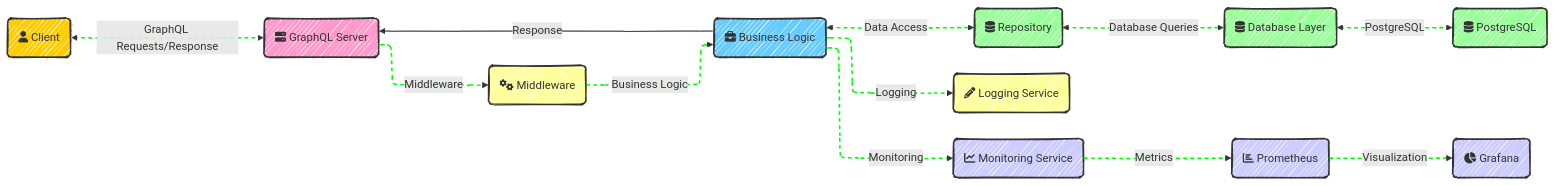
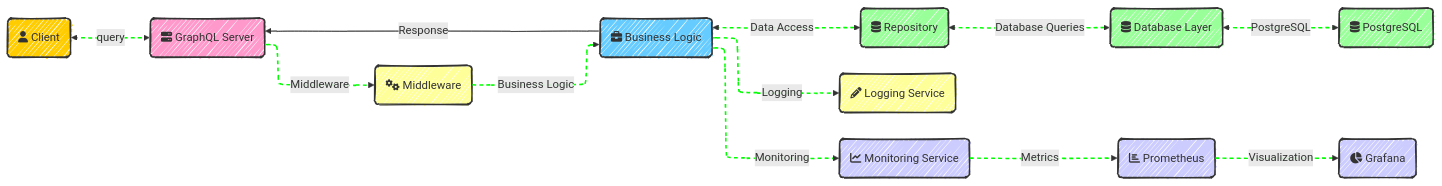
One commit to shennawardana23/graphql-pba changed the diagram in README.md. Above: the diagram before and after it, drawn with Mermaid. The commit also changed other lines of this file, not shown here.

Commit message:
fix: readme mermaid 1

````diff
--- a/README.md
+++ b/README.md
@@ -7,58 +7,58 @@
 ```mermaid
 ---
 config:
   look: handDrawn
   layout: elk
 ---
 flowchart LR
     %% Nodes with Icons
     Client("fa:fa-user Client")
     GraphQL_Server("fa:fa-server GraphQL Server")
     Middleware("fa:fa-cogs Middleware")
     Business_Logic("fa:fa-briefcase Business Logic")
     Repository("fa:fa-database Repository")
     Database_Layer("fa:fa-database Database Layer")
     PostgreSQL("fa:fa-database PostgreSQL")
     Logging_Service("fa:fa-pencil-alt Logging Service")
     Monitoring_Service("fa:fa-chart-line Monitoring Service")
     Prometheus("fa:fa-chart-bar Prometheus")
     Grafana("fa:fa-chart-pie Grafana")
 
     %% Edge connections between nodes
-    Client <-->|GraphQL Requests/Response| GraphQL_Server
+    Client <-->|query| GraphQL_Server
     GraphQL_Server -->|Middleware| Middleware
     Middleware -->|Business Logic| Business_Logic
     Business_Logic <--> |Data Access| Repository
     Repository <--> |Database Queries| Database_Layer
     Database_Layer <--> |PostgreSQL| PostgreSQL
     Business_Logic -->|Logging| Logging_Service
     Business_Logic -->|Monitoring| Monitoring_Service
     Monitoring_Service -->|Metrics| Prometheus
     Prometheus -->|Visualization| Grafana
     Business_Logic -->|Response| GraphQL_Server
 
     %% Individual node styling
     style Client fill:#ffcc00,stroke:#333,stroke-width:2px;
     style GraphQL_Server fill:#ff99cc,stroke:#333,stroke-width:2px;
     style Middleware fill:#ffff99,stroke:#333,stroke-width:2px;
     style Business_Logic fill:#66ccff,stroke:#333,stroke-width:2px;
     style Repository fill:#99ff99,stroke:#333,stroke-width:2px;
     style Database_Layer fill:#99ff99,stroke:#333,stroke-width:2px;
     style PostgreSQL fill:#99ff99,stroke:#333,stroke-width:2px;
     style Logging_Service fill:#ffff99,stroke:#333,stroke-width:2px;
     style Monitoring_Service fill:#ccccff,stroke:#333,stroke-width:2px;
     style Prometheus fill:#ccccff,stroke:#333,stroke-width:2px;
     style Grafana fill:#ccccff,stroke:#333,stroke-width:2px;
 
     %% Animations
     linkStyle 0 stroke:#00ff00,stroke-width:2px,stroke-dasharray: 5, 5;
     linkStyle 1 stroke:#00ff00,stroke-width:2px,stroke-dasharray: 5, 5;
     linkStyle 2 stroke:#00ff00,stroke-width:2px,stroke-dasharray: 5, 5;
     linkStyle 3 stroke:#00ff00,stroke-width:2px,stroke-dasharray: 5, 5;
     linkStyle 4 stroke:#00ff00,stroke-width:2px,stroke-dasharray: 5, 5;
     linkStyle 5 stroke:#00ff00,stroke-width:2px,stroke-dasharray: 5, 5;
     linkStyle 6 stroke:#00ff00,stroke-width:2px,stroke-dasharray: 5, 5;
     linkStyle 7 stroke:#00ff00,stroke-width:2px,stroke-dasharray: 5, 5;
     linkStyle 8 stroke:#00ff00,stroke-width:2px,stroke-dasharray: 5, 5;
     linkStyle 9 stroke:#00ff00,stroke-width:2px,stroke-dasharray: 5, 5;
 ```
````
